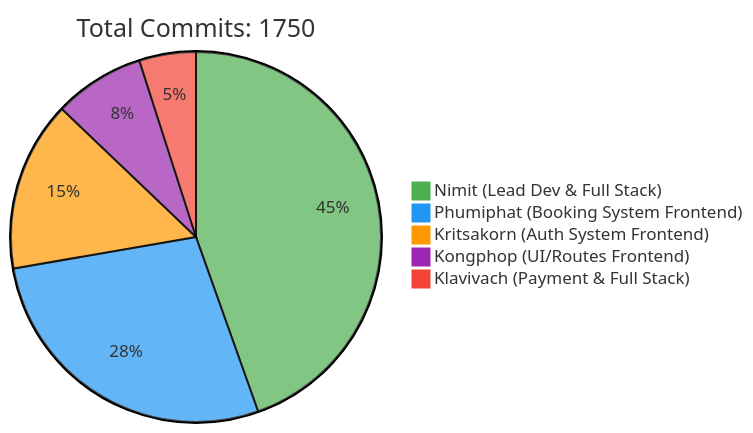
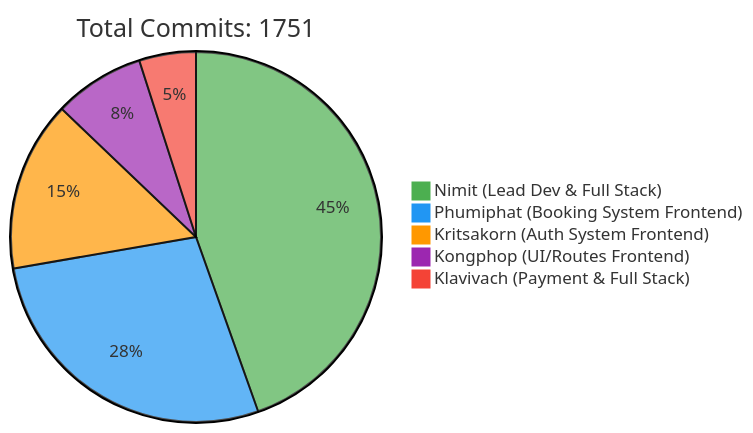
One commit to 6531503042/Sport-Complex changed the first of 2 diagrams in README.md. Above: the diagram before and after it, drawn with Mermaid. The commit also changed other lines of this file, not shown here.

Commit message:
docs: Update contributor statistics [skip ci]

````diff
--- a/README.md
+++ b/README.md
@@ -257,10 +257,10 @@
 ```mermaid
 %%{init: {'theme': 'base', 'themeVariables': { 'pie1': '#4CAF50', 'pie2': '#2196F3', 'pie3': '#FF9800', 'pie4': '#9C27B0', 'pie5': '#F44336'}}}%%
 pie
-    title Total Commits: 1750
+    title Total Commits: 1751
     "Nimit (Lead Dev & Full Stack)" : 450
     "Phumiphat (Booking System Frontend)" : 280
     "Kritsakorn (Auth System Frontend)" : 150
     "Kongphop (UI/Routes Frontend)" : 80
     "Klavivach (Payment & Full Stack)" : 50
 ```
````
